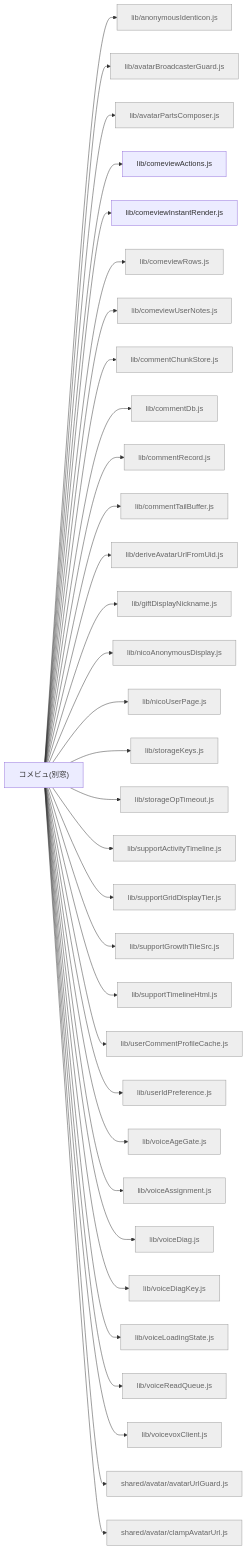
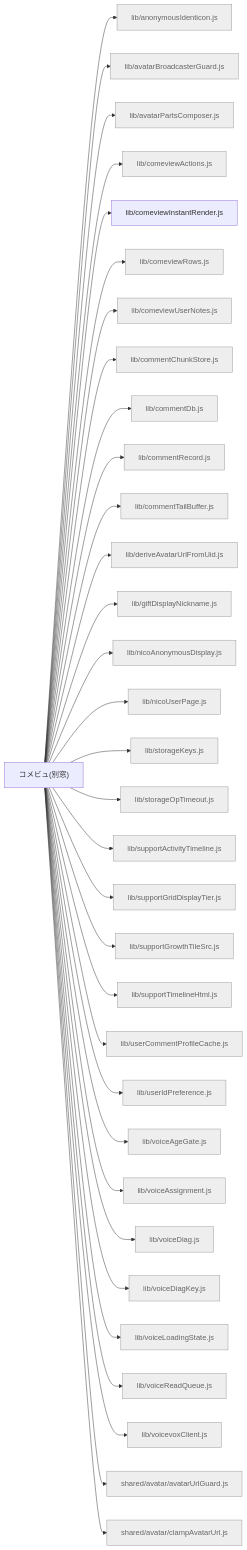
One commit to kimito-link/tsuioku-no-kirameki.com changed the diagram in docs/feature-map/comeview.md. Above: the diagram before and after it, drawn with Mermaid. The commit also changed 16 other files, not shown here.

````diff
--- a/docs/feature-map/comeview.md
+++ b/docs/feature-map/comeview.md
@@ -13,37 +13,37 @@
 ```mermaid
 graph LR
   n_comeview["コメビュ(別窓)"]
   n_comeview --> n_src_lib_anonymousIdenticon_js["lib/anonymousIdenticon.js"]:::shared
   n_comeview --> n_src_lib_avatarBroadcasterGuard_js["lib/avatarBroadcasterGuard.js"]:::shared
   n_comeview --> n_src_lib_avatarPartsComposer_js["lib/avatarPartsComposer.js"]:::shared
-  n_comeview --> n_src_lib_comeviewActions_js["lib/comeviewActions.js"]
+  n_comeview --> n_src_lib_comeviewActions_js["lib/comeviewActions.js"]:::shared
   n_comeview --> n_src_lib_comeviewInstantRender_js["lib/comeviewInstantRender.js"]
   n_comeview --> n_src_lib_comeviewRows_js["lib/comeviewRows.js"]:::shared
   n_comeview --> n_src_lib_comeviewUserNotes_js["lib/comeviewUserNotes.js"]:::shared
   n_comeview --> n_src_lib_commentChunkStore_js["lib/commentChunkStore.js"]:::shared
   n_comeview --> n_src_lib_commentDb_js["lib/commentDb.js"]:::shared
   n_comeview --> n_src_lib_commentRecord_js["lib/commentRecord.js"]:::shared
   n_comeview --> n_src_lib_commentTailBuffer_js["lib/commentTailBuffer.js"]:::shared
   n_comeview --> n_src_lib_deriveAvatarUrlFromUid_js["lib/deriveAvatarUrlFromUid.js"]:::shared
   n_comeview --> n_src_lib_giftDisplayNickname_js["lib/giftDisplayNickname.js"]:::shared
   n_comeview --> n_src_lib_nicoAnonymousDisplay_js["lib/nicoAnonymousDisplay.js"]:::shared
   n_comeview --> n_src_lib_nicoUserPage_js["lib/nicoUserPage.js"]:::shared
   n_comeview --> n_src_lib_storageKeys_js["lib/storageKeys.js"]:::shared
   n_comeview --> n_src_lib_storageOpTimeout_js["lib/storageOpTimeout.js"]:::shared
   n_comeview --> n_src_lib_supportActivityTimeline_js["lib/supportActivityTimeline.js"]:::shared
   n_comeview --> n_src_lib_supportGridDisplayTier_js["lib/supportGridDisplayTier.js"]:::shared
   n_comeview --> n_src_lib_supportGrowthTileSrc_js["lib/supportGrowthTileSrc.js"]:::shared
   n_comeview --> n_src_lib_supportTimelineHtml_js["lib/supportTimelineHtml.js"]:::shared
   n_comeview --> n_src_lib_userCommentProfileCache_js["lib/userCommentProfileCache.js"]:::shared
   n_comeview --> n_src_lib_userIdPreference_js["lib/userIdPreference.js"]:::shared
   n_comeview --> n_src_lib_voiceAgeGate_js["lib/voiceAgeGate.js"]:::shared
   n_comeview --> n_src_lib_voiceAssignment_js["lib/voiceAssignment.js"]:::shared
   n_comeview --> n_src_lib_voiceDiag_js["lib/voiceDiag.js"]:::shared
   n_comeview --> n_src_lib_voiceDiagKey_js["lib/voiceDiagKey.js"]:::shared
   n_comeview --> n_src_lib_voiceLoadingState_js["lib/voiceLoadingState.js"]:::shared
   n_comeview --> n_src_lib_voiceReadQueue_js["lib/voiceReadQueue.js"]:::shared
   n_comeview --> n_src_lib_voicevoxClient_js["lib/voicevoxClient.js"]:::shared
   n_comeview --> n_src_shared_avatar_avatarUrlGuard_js["shared/avatar/avatarUrlGuard.js"]:::shared
   n_comeview --> n_src_shared_avatar_clampAvatarUrl_js["shared/avatar/clampAvatarUrl.js"]:::shared
   classDef shared fill:#eee,stroke:#999,color:#666;
 ```
````
